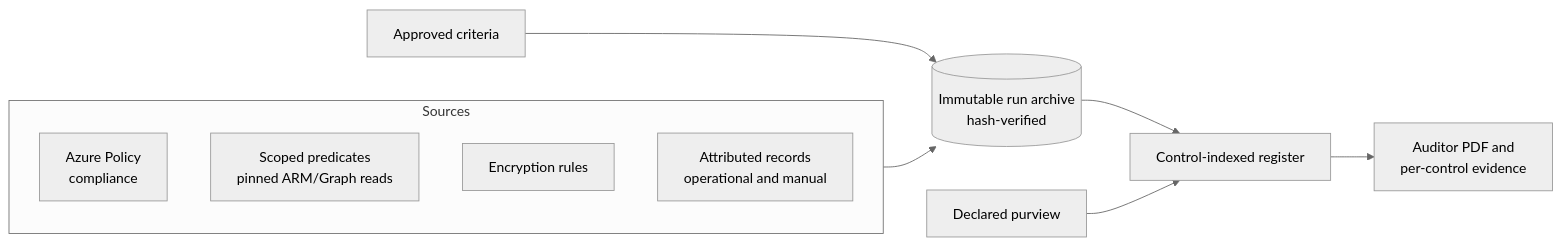
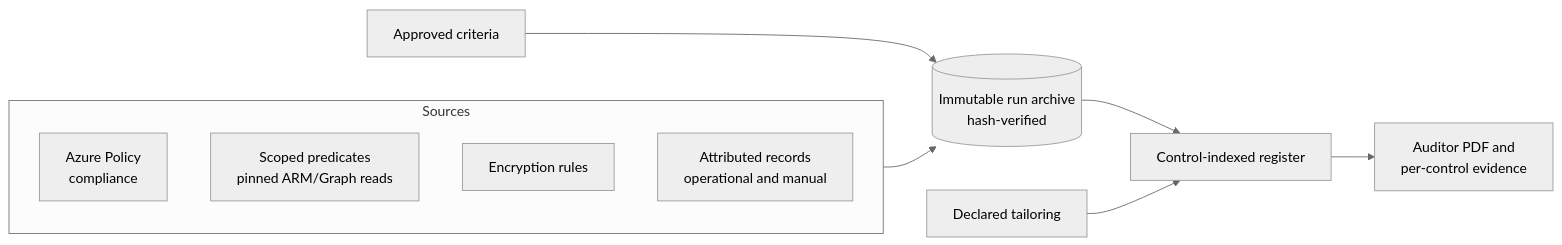
The diagram in README.md (csGIT34/auditevidencecollector), drawn with Mermaid (neutral theme) before and after one commit. The commit also changed other lines of this file and 109 other files, not shown here.

````diff
--- a/README.md
+++ b/README.md
@@ -9,14 +9,14 @@
 ```mermaid
 flowchart LR
   subgraph Sources
     P[Azure Policy<br/>compliance]
     A[Scoped predicates<br/>pinned ARM/Graph reads]
     E[Encryption rules]
     M[Attributed records<br/>operational and manual]
   end
   Sources --> R[(Immutable run archive<br/>hash-verified)]
   C[Approved criteria] --> R
   R --> G[Control-indexed register]
-  V[Declared purview] --> G
+  V[Declared tailoring] --> G
   G --> D[Auditor PDF and<br/>per-control evidence]
 ```
````
